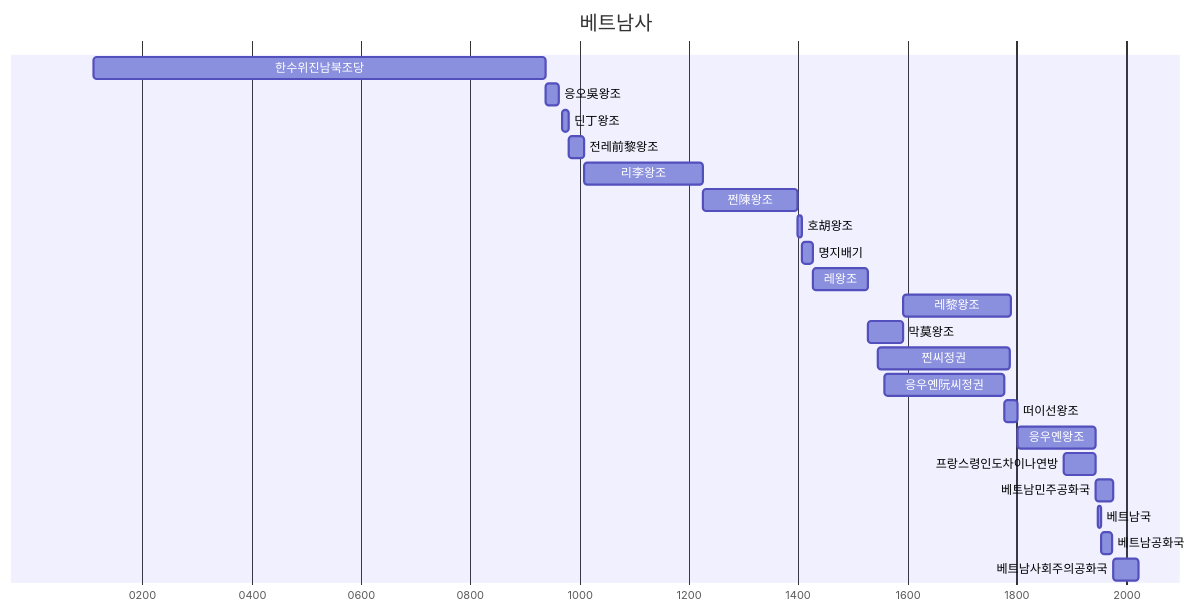
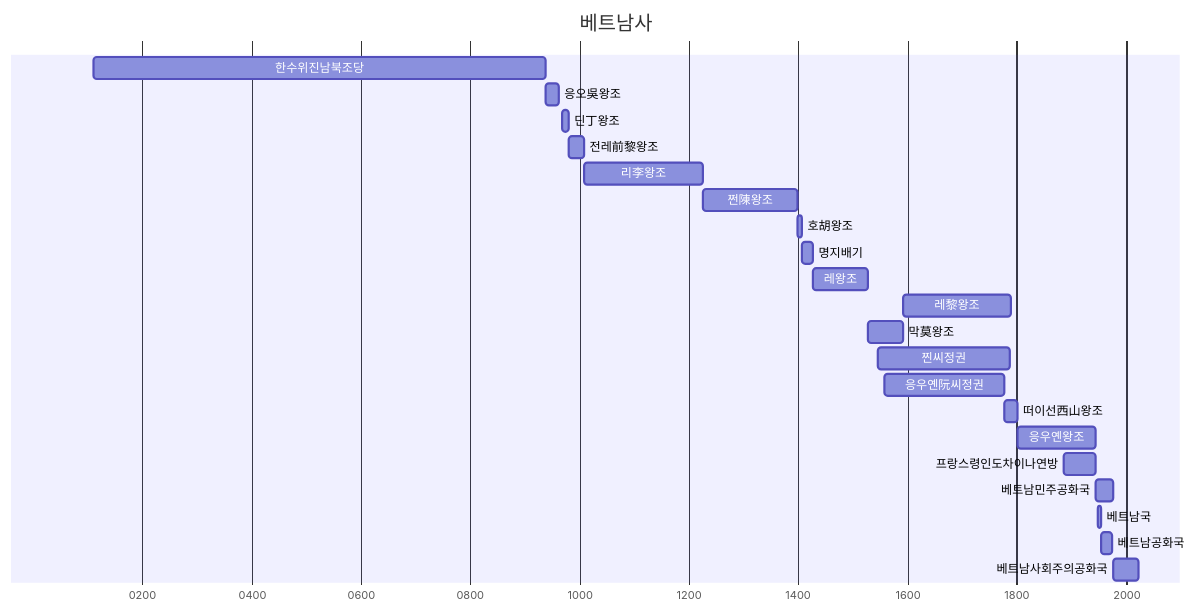
Before and after one commit to daewonyoon/historigram: the diagram in 아시아사/베트남사.md, drawn with Mermaid. The commit also changed 2 other files, not shown here.

Commit message:
수정.

````diff
--- a/아시아사/베트남사.md
+++ b/아시아사/베트남사.md
@@ -2,28 +2,28 @@
 ```mermaid
 gantt
     title 베트남사
     dateFormat  YYYY
     axisFormat %Y
     
     한수위진남북조당 : 0111, 0938
     응오吳왕조 : 0939, 0963
     딘丁왕조 : 0968, 0980
     전레前黎왕조 : 0980, 1009
     리李왕조 : 1009, 1225
     쩐陳왕조 : 1225, 1400
     호胡왕조 : 1400, 1407
     명지배기 : 1407, 1427
     레왕조 : 1428, 1527
 
     레黎왕조 : 1592, 1789
     막莫왕조 : 1527, 1592
     찐씨정권 : 1545, 1787
     응우옌阮씨정권 : 1558, 1777
-    떠이선왕조 : 1778, 1802
+    떠이선西山왕조 : 1778, 1802
     응우옌왕조 : 1802, 1945
     프랑스령인도차이나연방 : 1887, 1945
     베트남민주공화국 : 1945, 1976
     베트남국 : 1949, 1955
     베트남공화국 : 1955, 1975
     베트남사회주의공화국 : 1976, 2023
 ```    
````
